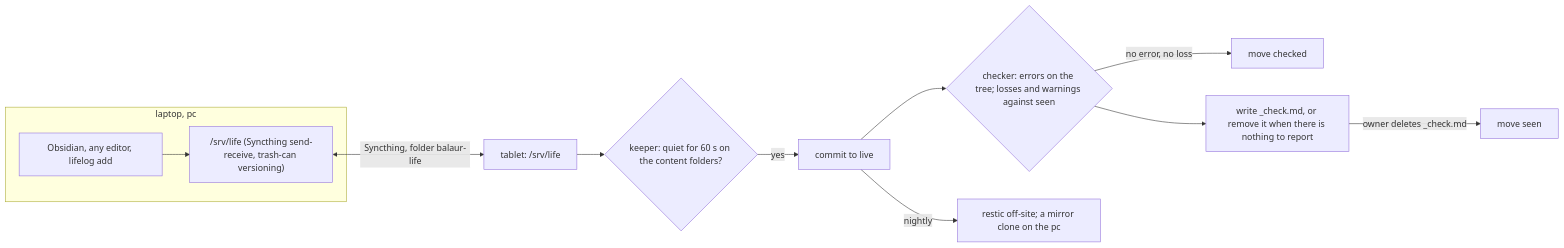
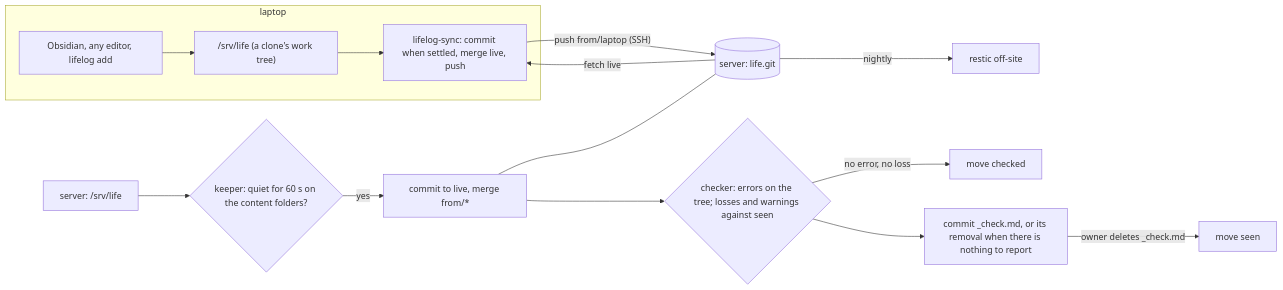
One commit to alexradunet/balaur-fleet changed the first of 2 diagrams in lifelog/docs/design.md. Above: the diagram before and after it, drawn with Mermaid. The commit also changed other lines of this file and 9 other files, not shown here.

First line of the commit message:
lifelog: the docs say git, the mirror goes, the marker is .lifelog (plan 005, P6)

````diff
--- a/lifelog/docs/design.md
+++ b/lifelog/docs/design.md
@@ -30,14 +33,17 @@
 ```mermaid
 flowchart LR
-  subgraph DEV["laptop, pc"]
-    ED["Obsidian, any editor, lifelog add"] --> F["/srv/life (Syncthing send-receive, trash-can versioning)"]
+  subgraph DEV["laptop"]
+    ED["Obsidian, any editor, lifelog add"] --> F["/srv/life (a clone's work tree)"]
+    F --> LS["lifelog-sync: commit when settled, merge live, push"]
   end
-  F <-->|"Syncthing, folder balaur-life"| SF["tablet: /srv/life"]
-  SF --> W{"keeper: quiet for 60 s on the content folders?"}
-  W -->|"yes"| L["commit to live"]
+  LS -->|"push from/laptop (SSH)"| H[("server: life.git")]
+  H -->|"fetch live"| LS
+  SF["server: /srv/life"] --> W{"keeper: quiet for 60 s on the content folders?"}
+  W -->|"yes"| L["commit to live, merge from/*"]
+  L --- H
   L --> C{"checker: errors on the tree; losses and warnings against seen"}
   C -->|"no error, no loss"| CH["move checked"]
-  C --> R["write _check.md, or remove it when there is nothing to report"]
+  C --> R["commit _check.md, or its removal when there is nothing to report"]
   R -->|"owner deletes _check.md"| S["move seen"]
-  L -->|"nightly"| B["restic off-site; a mirror clone on the pc"]
+  H -->|"nightly"| B["restic off-site"]
 ```
````
